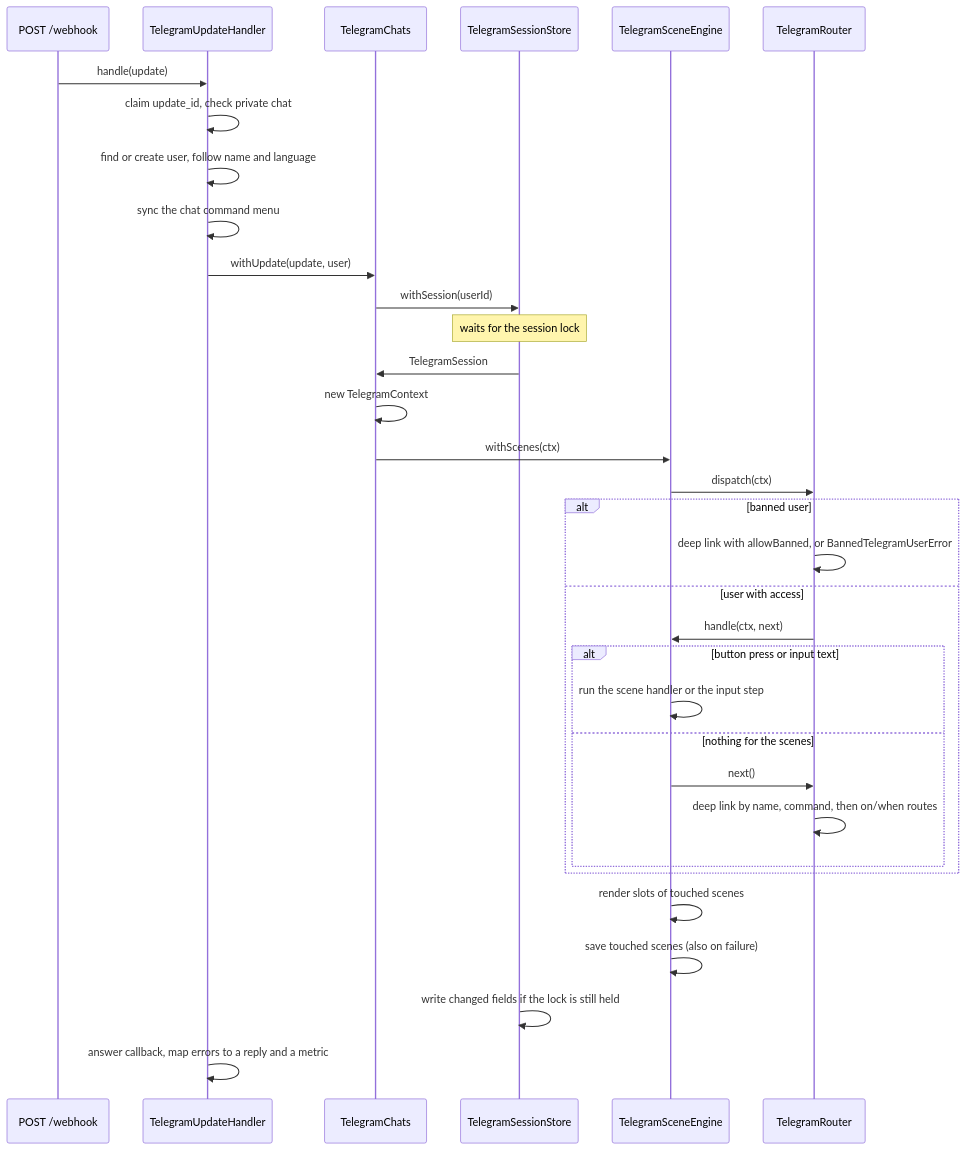
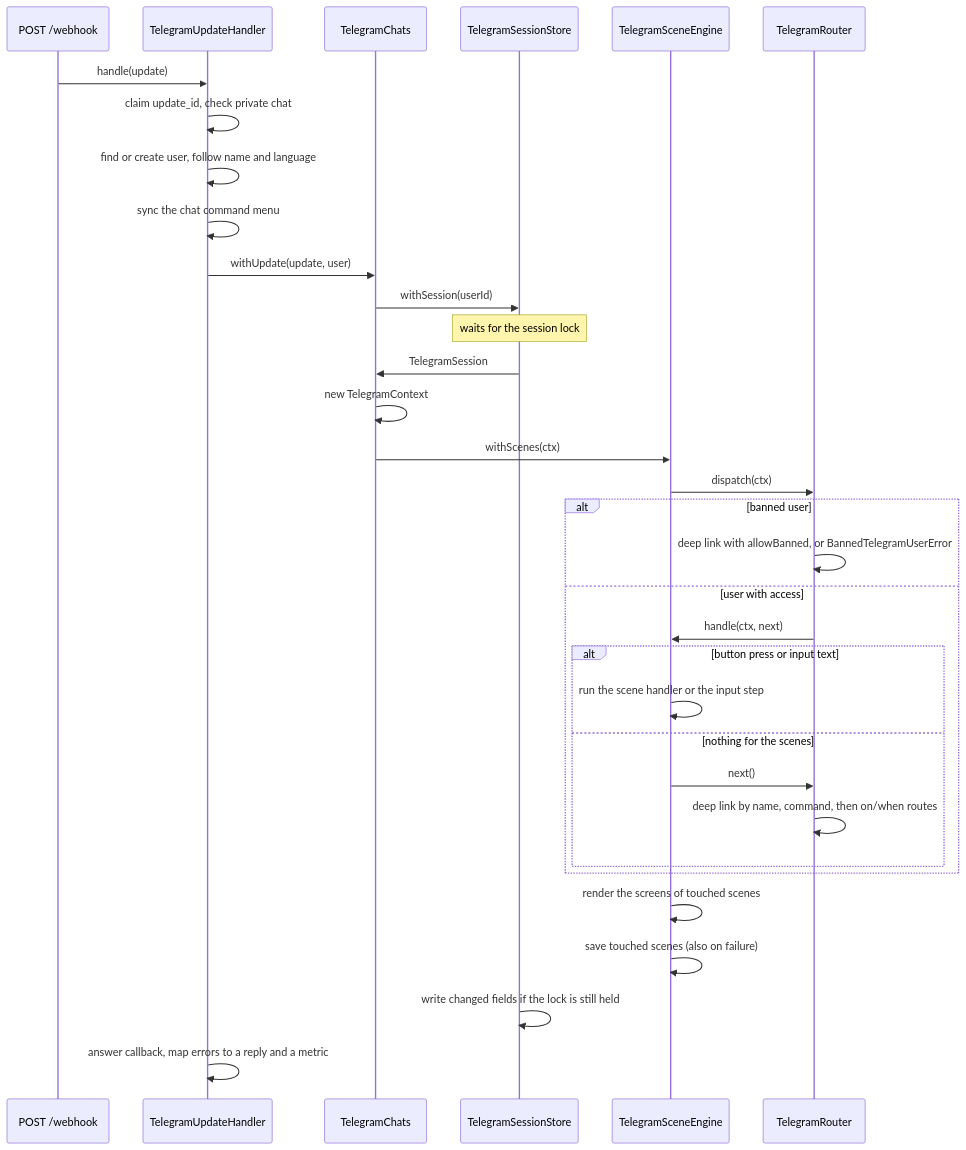
One commit to ayuvlasenko/smart-assistant changed the second of 6 diagrams in apps/server/src/plugins/app/telegram/README.md. Above: the diagram before and after it, drawn with Mermaid. The commit also changed other lines of this file and 11 other files, not shown here.

````diff
--- a/apps/server/src/plugins/app/telegram/README.md
+++ b/apps/server/src/plugins/app/telegram/README.md
@@ -271,36 +269,36 @@
 ```mermaid
 sequenceDiagram
     participant R as POST /webhook
     participant H as TelegramUpdateHandler
     participant C as TelegramChats
     participant S as TelegramSessionStore
     participant E as TelegramSceneEngine
     participant Rt as TelegramRouter
 
     R->>H: handle(update)
     H->>H: claim update_id, check private chat
     H->>H: find or create user, follow name and language
     H->>H: sync the chat command menu
     H->>C: withUpdate(update, user)
     C->>S: withSession(userId)
     Note over S: waits for the session lock
     S->>C: TelegramSession
     C->>C: new TelegramContext
     C->>E: withScenes(ctx)
     E->>Rt: dispatch(ctx)
     alt banned user
         Rt->>Rt: deep link with allowBanned, or BannedTelegramUserError
     else user with access
         Rt->>E: handle(ctx, next)
         alt button press or input text
             E->>E: run the scene handler or the input step
         else nothing for the scenes
             E->>Rt: next()
             Rt->>Rt: deep link by name, command, then on/when routes
         end
     end
-    E->>E: render slots of touched scenes
+    E->>E: render the screens of touched scenes
     E->>E: save touched scenes (also on failure)
     S->>S: write changed fields if the lock is still held
     H->>H: answer callback, map errors to a reply and a metric
 ```
````
